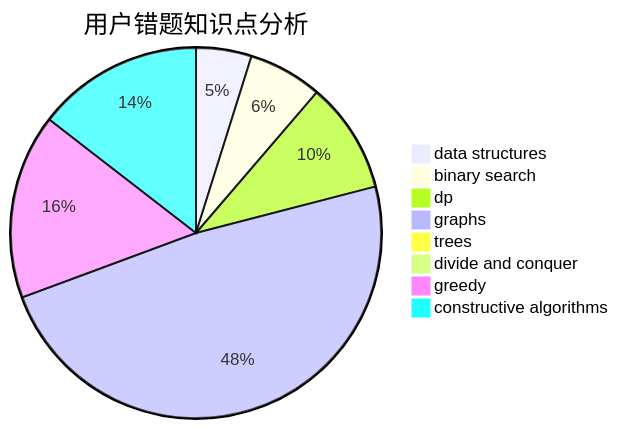
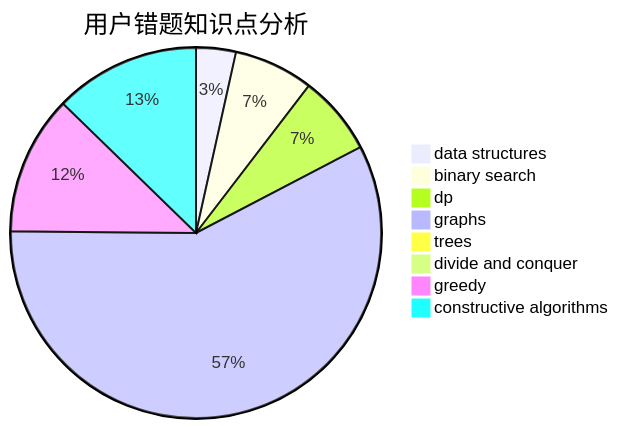
Before and after one commit to sherpahu/cfrs.github.io: the third of 3 diagrams in docs/user/u1617.md, drawn with Mermaid. The commit also changed other lines of this file and 2770 other files, not shown here.

````diff
--- a/docs/user/u1617.md
+++ b/docs/user/u1617.md
@@ -36,11 +36,11 @@
 ```mermaid
 pie title 用户错题知识点分析
     "data structures" :  6
-    "binary search" :  8
+    "binary search" :  12
     "dp" :  12
-    "graphs" :  60
+    "graphs" :  100
     "trees" :  1
     "divide and conquer" :  0
-    "greedy" :  20
-    "constructive algorithms" :  18
+    "greedy" :  21
+    "constructive algorithms" :  22
 ```
````
